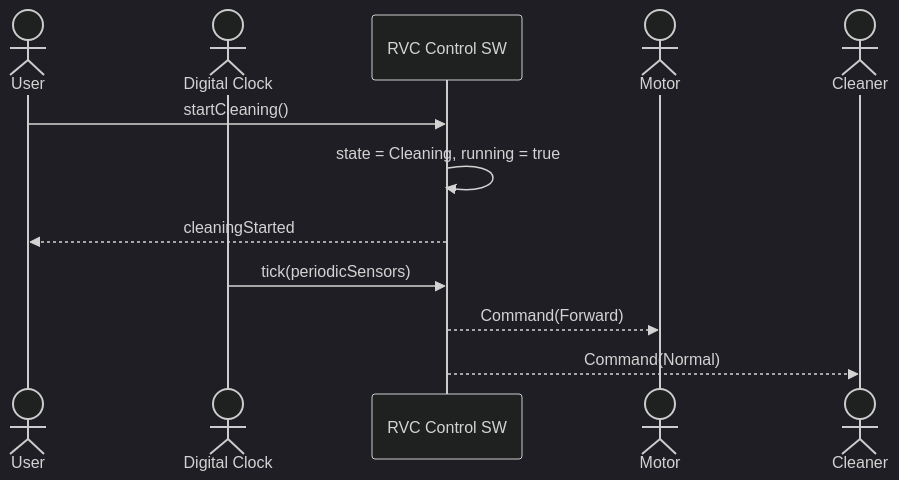
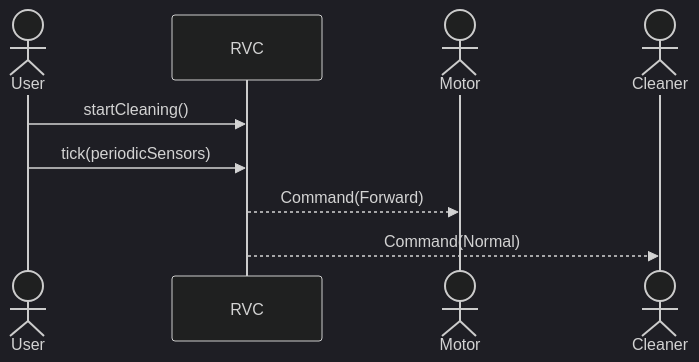
The first of 6 diagrams in docs/ooa_ssd.md (reload02/ooad-vibe), drawn with Mermaid (dark theme) before and after one commit. The commit also changed other lines of this file and 18 other files, not shown here.

First line of the commit message:
Refactor RVC architecture to enhance modularity and maintainability

````diff
--- a/docs/ooa_ssd.md
+++ b/docs/ooa_ssd.md
@@ -9,15 +5,12 @@
 ```mermaid
 sequenceDiagram
     actor User
-    actor Clock as Digital Clock
-    participant System as RVC Control SW
+    participant RVC as RVC
     actor Motor
     actor Cleaner
 
-    User->>System: startCleaning()
-    System->>System: state = Cleaning, running = true
-    System-->>User: cleaningStarted
-    Clock->>System: tick(periodicSensors)
-    System-->>Motor: Command(Forward)
-    System-->>Cleaner: Command(Normal)
+    User->>RVC: startCleaning()
+    User->>RVC: tick(periodicSensors)
+    RVC-->>Motor: Command(Forward)
+    RVC-->>Cleaner: Command(Normal)
 ```
````
